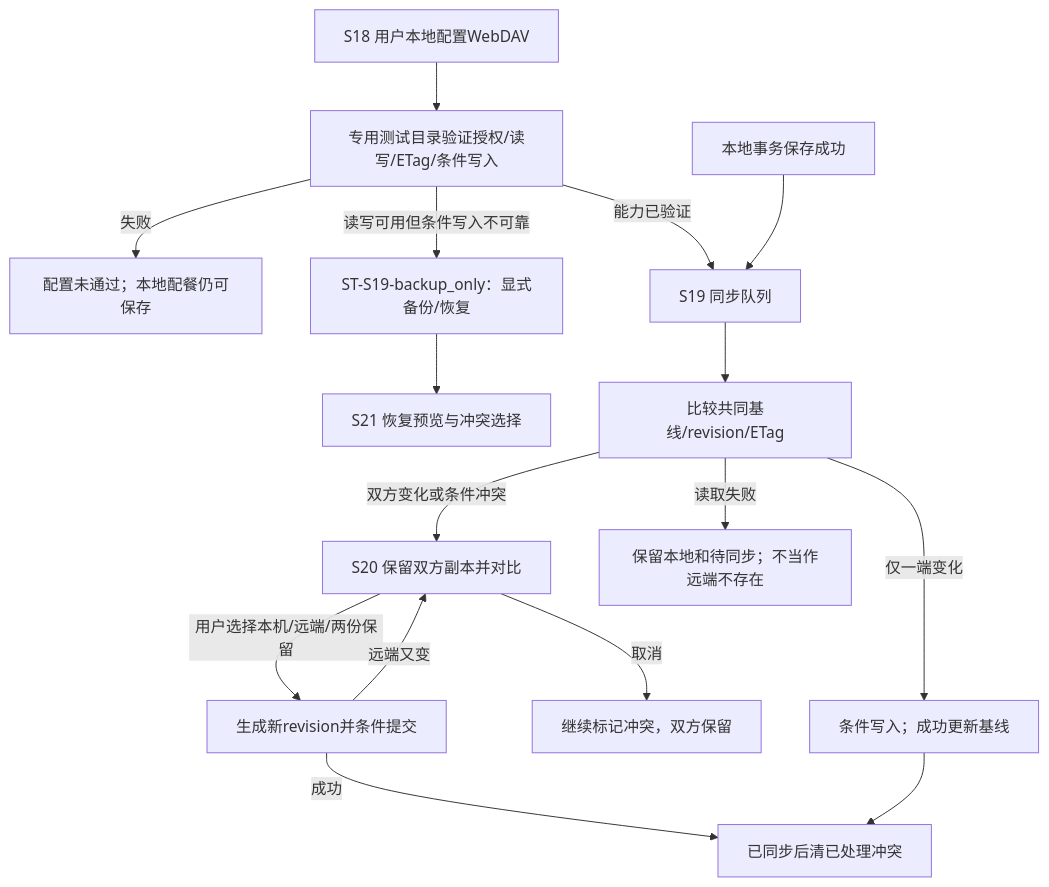
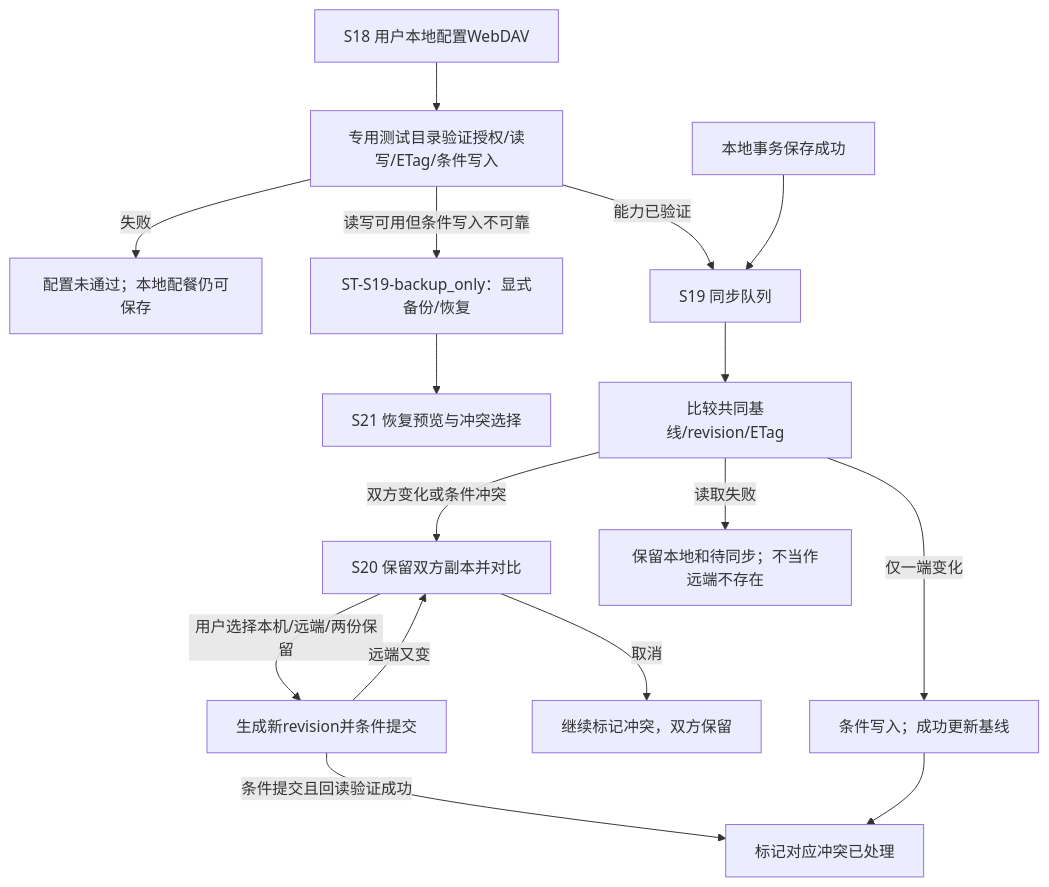
Before and after one commit to Yu-xiaohei/Yuno-recipe-app: the eighth of 9 diagrams in docs/ux/流程与状态.md, drawn with Mermaid. The commit also changed other lines of this file and 58 other files, not shown here.

````diff
--- a/docs/ux/流程与状态.md
+++ b/docs/ux/流程与状态.md
@@ -191,18 +196,18 @@
 ```mermaid
 flowchart TD
     S18["S18 用户本地配置WebDAV"] --> Cap["专用测试目录验证授权/读写/ETag/条件写入"]
     Cap -->|失败| ConfigError["配置未通过；本地配餐仍可保存"]
     Cap -->|读写可用但条件写入不可靠| BackupOnly["ST-S19-backup_only：显式备份/恢复"]
     BackupOnly --> S21["S21 恢复预览与冲突选择"]
     Cap -->|能力已验证| S19["S19 同步队列"]
     Local["本地事务保存成功"] --> S19
     S19 --> Compare["比较共同基线/revision/ETag"]
     Compare -->|仅一端变化| Write["条件写入；成功更新基线"]
     Compare -->|双方变化或条件冲突| S20["S20 保留双方副本并对比"]
     Compare -->|读取失败| Failed["保留本地和待同步；不当作远端不存在"]
     S20 -->|取消| Conflict["继续标记冲突，双方保留"]
     S20 -->|用户选择本机/远端/两份保留| Resolve["生成新revision并条件提交"]
     Resolve -->|远端又变| S20
-    Resolve -->|成功| Synced["已同步后清已处理冲突"]
+    Resolve -->|条件提交且回读验证成功| Synced["标记对应冲突已处理"]
     Write --> Synced
 ```
````
